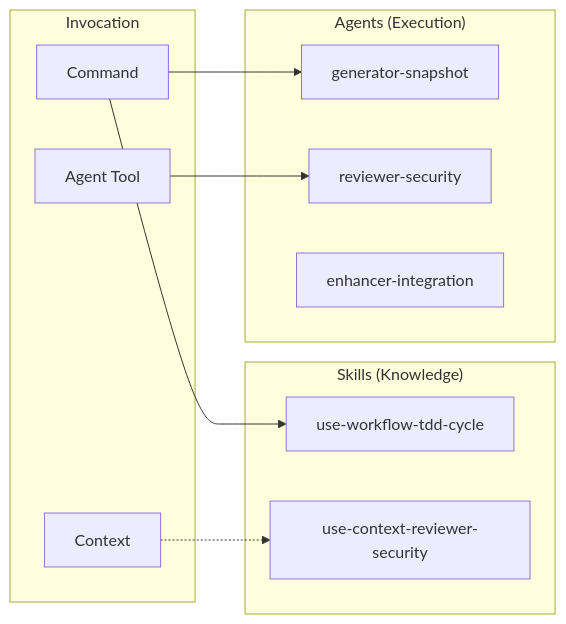
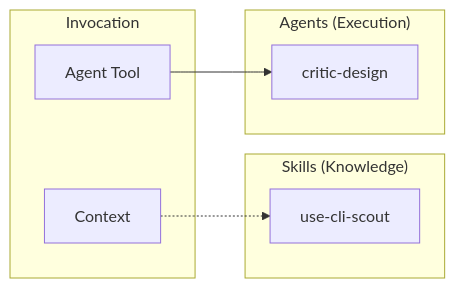
The first of 2 diagrams in .ja/docs/SKILLS_AGENTS.md (thkt/dotclaude), drawn with Mermaid before and after one commit. The commit also changed other lines of this file and 240 other files, not shown here.

Commit message:
[Chore] reviewer などの agent と、agent が preload する skill を削除する (#807)

````diff
--- a/.ja/docs/SKILLS_AGENTS.md
+++ b/.ja/docs/SKILLS_AGENTS.md
@@ -9,20 +9,15 @@
 ```mermaid
 graph LR
     subgraph Skills["Skills (Knowledge)"]
-        S1[use-workflow-tdd-cycle]
-        S2[use-context-reviewer-security]
+        S1[use-cli-scout]
     end
 
     subgraph Agents["Agents (Execution)"]
-        A1[generator-snapshot]
-        A2[reviewer-security]
-        A3[enhancer-integration]
+        A1[critic-design]
     end
 
     subgraph Trigger["Invocation"]
-        CMD[Command] --> S1
-        CMD --> A1
-        CTX[Context] -.-> S2
-        AGENT[Agent Tool] --> A2
+        CTX[Context] -.-> S1
+        AGENT[Agent Tool] --> A1
     end
 ```
````
